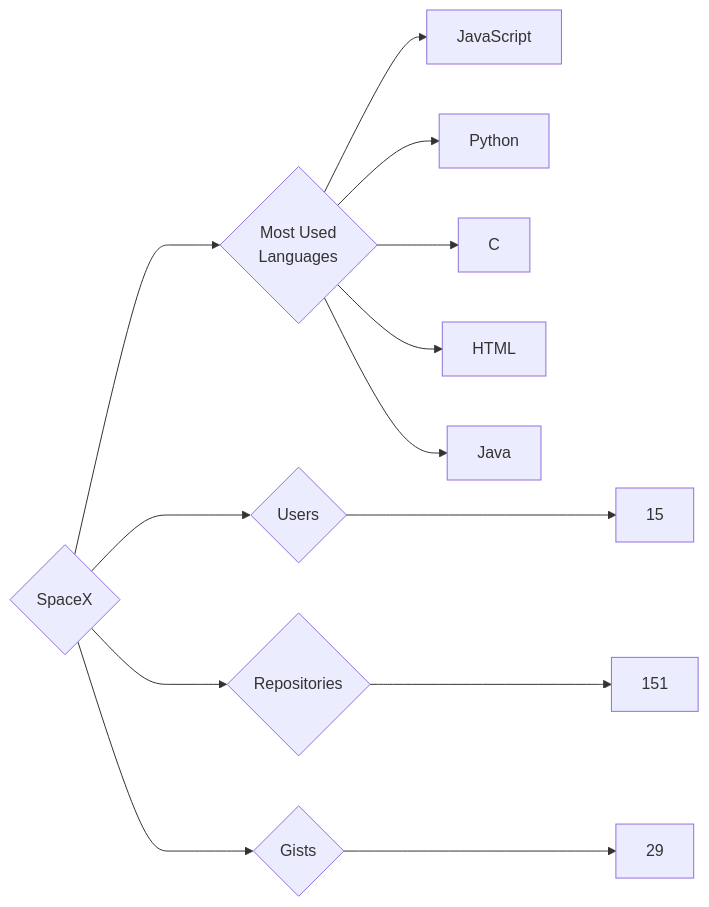
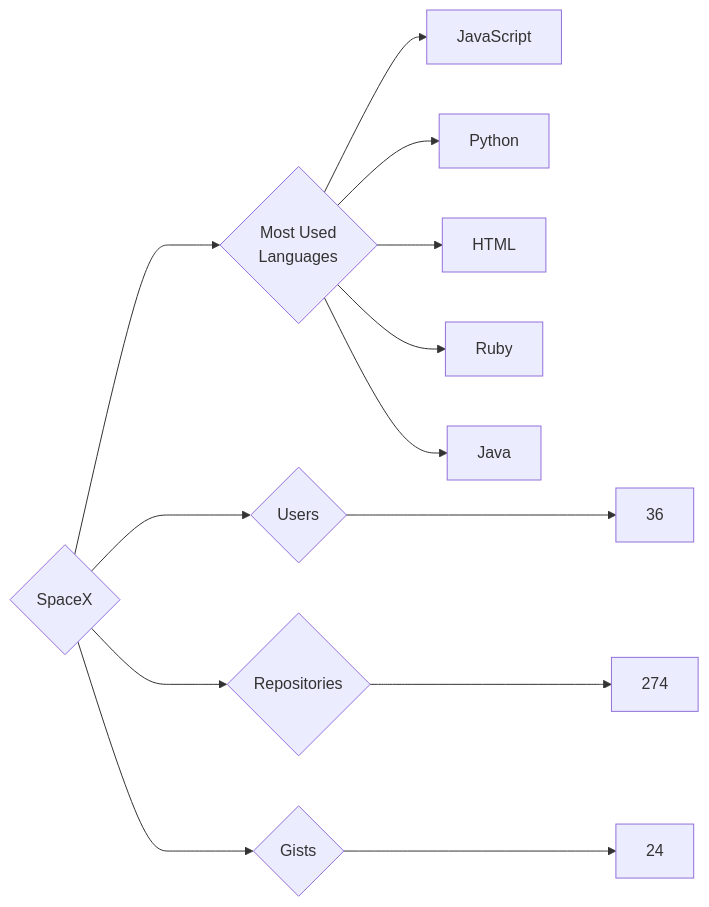
One commit to trickest/insiders changed the diagram in targets/SpaceX/README.md. Above: the diagram before and after it, drawn with Mermaid. The commit also changed 748 other files, not shown here.

````diff
--- a/targets/SpaceX/README.md
+++ b/targets/SpaceX/README.md
@@ -3,13 +3,13 @@
 ```mermaid
 graph LR
 COMPANY_NAME{SpaceX}
-COMPANY_NAME ---> U{Users} ---> UN[15]
-COMPANY_NAME ---> R{Repositories} ---> RN[151]
-COMPANY_NAME ---> G{Gists} ---> GN[29]
+COMPANY_NAME ---> U{Users} ---> UN[36]
+COMPANY_NAME ---> R{Repositories} ---> RN[274]
+COMPANY_NAME ---> G{Gists} ---> GN[24]
 COMPANY_NAME ---> ML{Most Used<br>Languages}
 ML --> JavaScript[JavaScript]
 ML --> Python[Python]
-ML --> C[C]
 ML --> HTML[HTML]
+ML --> Ruby[Ruby]
 ML --> Java[Java]
 ```
````
